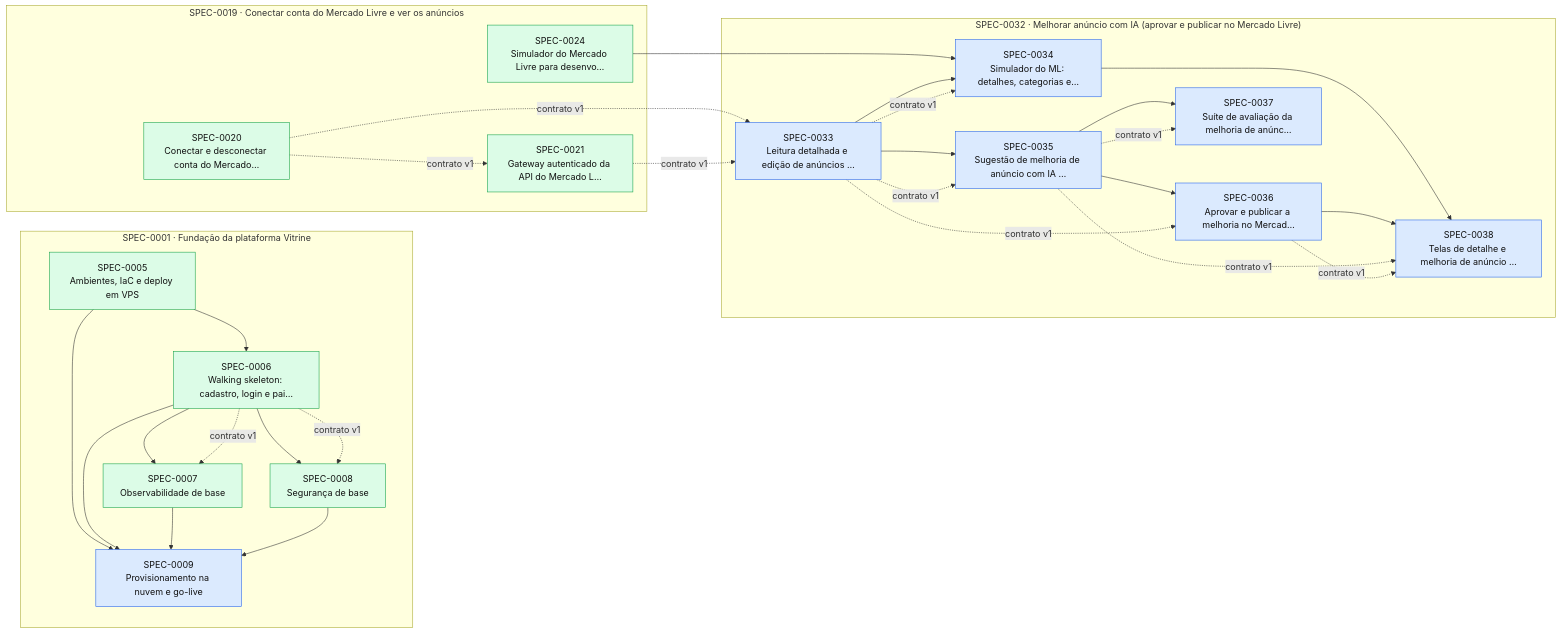
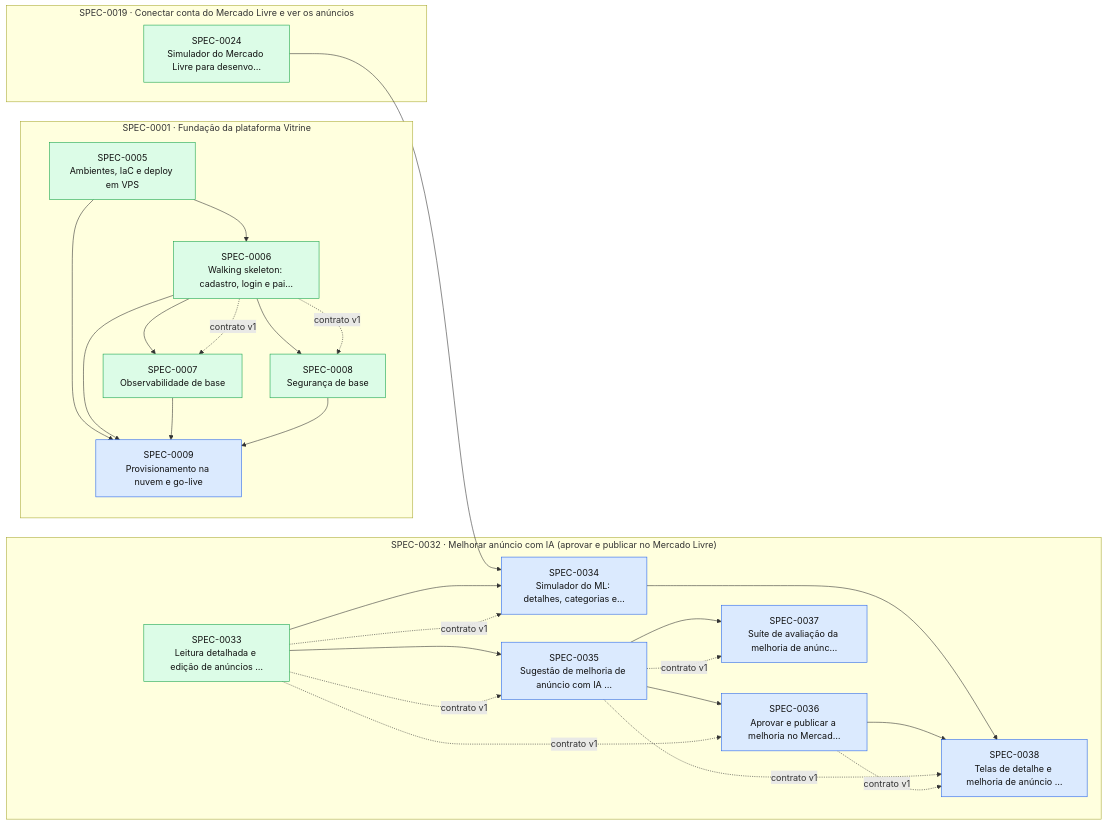
The diagram in docs/specs/INDEX.md (thomasravache/vitrine), drawn with Mermaid before and after one commit. The commit also changed other lines of this file and 2 other files, not shown here.

First line of the commit message:
docs(specs): SPEC-0033 implementada (G7)

````diff
--- a/docs/specs/INDEX.md
+++ b/docs/specs/INDEX.md
@@ -66,53 +65,48 @@
 ```mermaid
 flowchart LR
   subgraph E0001["SPEC-0001 · Fundação da plataforma Vitrine"]
     S0005["SPEC-0005<br/>Ambientes, IaC e deploy em VPS"]:::implemented
     S0006["SPEC-0006<br/>Walking skeleton: cadastro, login e pai…"]:::implemented
     S0007["SPEC-0007<br/>Observabilidade de base"]:::implemented
     S0008["SPEC-0008<br/>Segurança de base"]:::implemented
     S0009["SPEC-0009<br/>Provisionamento na nuvem e go-live"]:::approved
   end
   subgraph E0019["SPEC-0019 · Conectar conta do Mercado Livre e ver os anúncios"]
-    S0020["SPEC-0020<br/>Conectar e desconectar conta do Mercado…"]:::implemented
-    S0021["SPEC-0021<br/>Gateway autenticado da API do Mercado L…"]:::implemented
     S0024["SPEC-0024<br/>Simulador do Mercado Livre para desenvo…"]:::implemented
   end
   subgraph E0032["SPEC-0032 · Melhorar anúncio com IA (aprovar e publicar no Mercado Livre)"]
-    S0033["SPEC-0033<br/>Leitura detalhada e edição de anúncios …"]:::approved
+    S0033["SPEC-0033<br/>Leitura detalhada e edição de anúncios …"]:::implemented
     S0034["SPEC-0034<br/>Simulador do ML: detalhes, categorias e…"]:::approved
     S0035["SPEC-0035<br/>Sugestão de melhoria de anúncio com IA …"]:::approved
     S0036["SPEC-0036<br/>Aprovar e publicar a melhoria no Mercad…"]:::approved
     S0037["SPEC-0037<br/>Suíte de avaliação da melhoria de anúnc…"]:::approved
     S0038["SPEC-0038<br/>Telas de detalhe e melhoria de anúncio …"]:::approved
   end
   S0005 --> S0006
   S0006 --> S0007
   S0006 -. contrato v1 .-> S0007
   S0006 --> S0008
   S0006 -. contrato v1 .-> S0008
   S0005 --> S0009
   S0006 --> S0009
   S0007 --> S0009
   S0008 --> S0009
-  S0020 -. contrato v1 .-> S0021
-  S0020 -. contrato v1 .-> S0033
-  S0021 -. contrato v1 .-> S0033
   S0024 --> S0034
   S0033 --> S0034
   S0033 -. contrato v1 .-> S0034
   S0033 --> S0035
   S0033 -. contrato v1 .-> S0035
   S0035 --> S0036
   S0033 -. contrato v1 .-> S0036
   S0035 --> S0037
   S0035 -. contrato v1 .-> S0037
   S0034 --> S0038
   S0036 --> S0038
   S0035 -. contrato v1 .-> S0038
   S0036 -. contrato v1 .-> S0038
   classDef proposed fill:#fef3c7,stroke:#d97706,color:#111
   classDef approved fill:#dbeafe,stroke:#2563eb,color:#111
   classDef inprogress fill:#ede9fe,stroke:#7c3aed,color:#111
   classDef implemented fill:#dcfce7,stroke:#16a34a,color:#111
   classDef deprecated fill:#f3f4f6,stroke:#9ca3af,color:#6b7280
 ```
````
